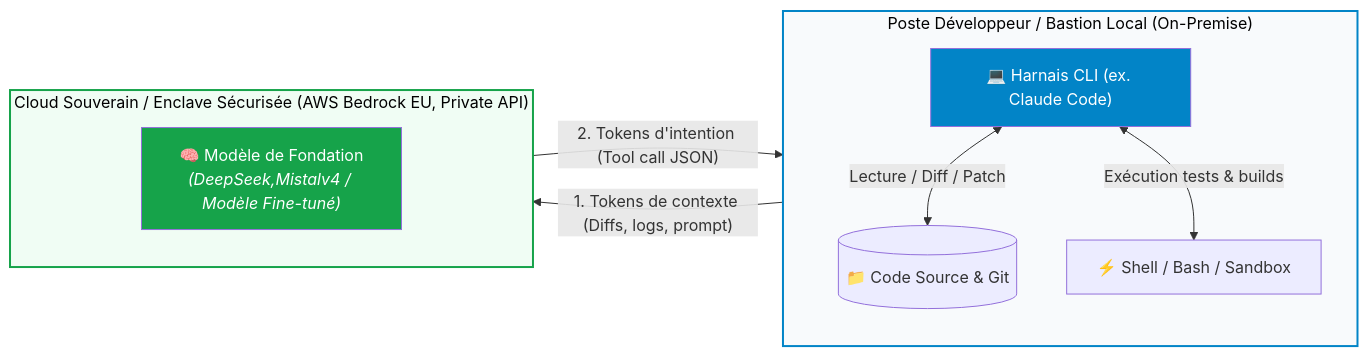
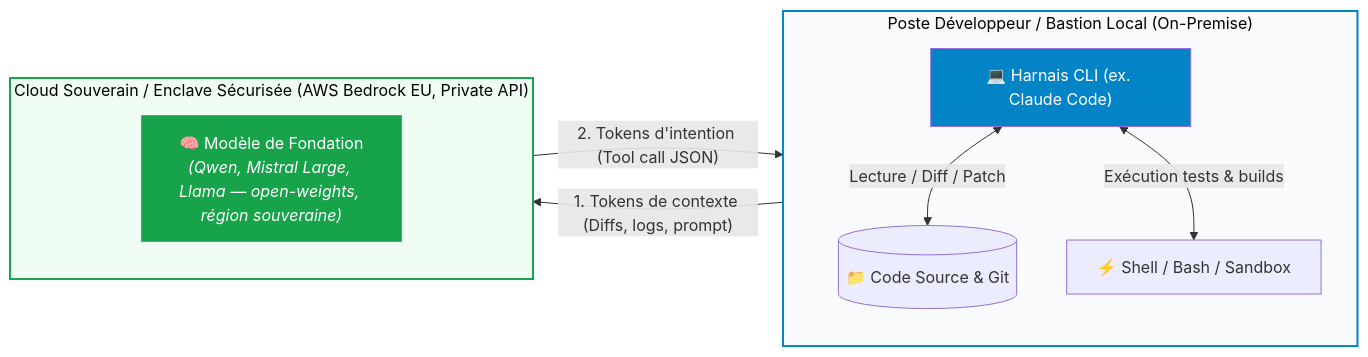
Before and after one commit to barais/agentic.module5: the first of 2 diagrams in slides.md, drawn with Mermaid. The commit also changed other lines of this file, not shown here.

````diff
--- a/slides.md
+++ b/slides.md
@@ -121,24 +120,24 @@
 ```mermaid {scale:0.6}
 flowchart LR
     subgraph LOCAL ["Poste Développeur / Bastion Local (On-Premise)"]
         direction TB
         CLI["💻 Harnais CLI (ex. Claude Code)"]
         FS[("📁 Code Source & Git")]
         SH["⚡ Shell / Bash / Sandbox"]
         CLI <-->|Lecture / Diff / Patch| FS
         CLI <-->|Exécution tests & builds| SH
     end
 
     subgraph CLOUD ["Cloud Souverain / Enclave Sécurisée (AWS Bedrock EU, Private API)"]
         direction TB
-        LLM["🧠 Modèle de Fondation<br/><i>(DeepSeek,Mistalv4 / Modèle Fine-tuné)</i>"]
+        LLM["🧠 Modèle de Fondation<br/><i>(Qwen, Mistral Large, Llama — open-weights, région souveraine)</i>"]
     end
 
     CLI -->|"1. Tokens de contexte (Diffs, logs, prompt)"| LLM
     LLM -->|"2. Tokens d'intention (Tool call JSON)"| CLI
 
     style LOCAL fill:#f8fafc,stroke:#0284c7,stroke-width:2px,color:#000
     style CLOUD fill:#f0fdf4,stroke:#16a34a,stroke-width:2px,color:#000
     style CLI fill:#0284c7,color:#fff
     style LLM fill:#16a34a,color:#fff
 ```
````
